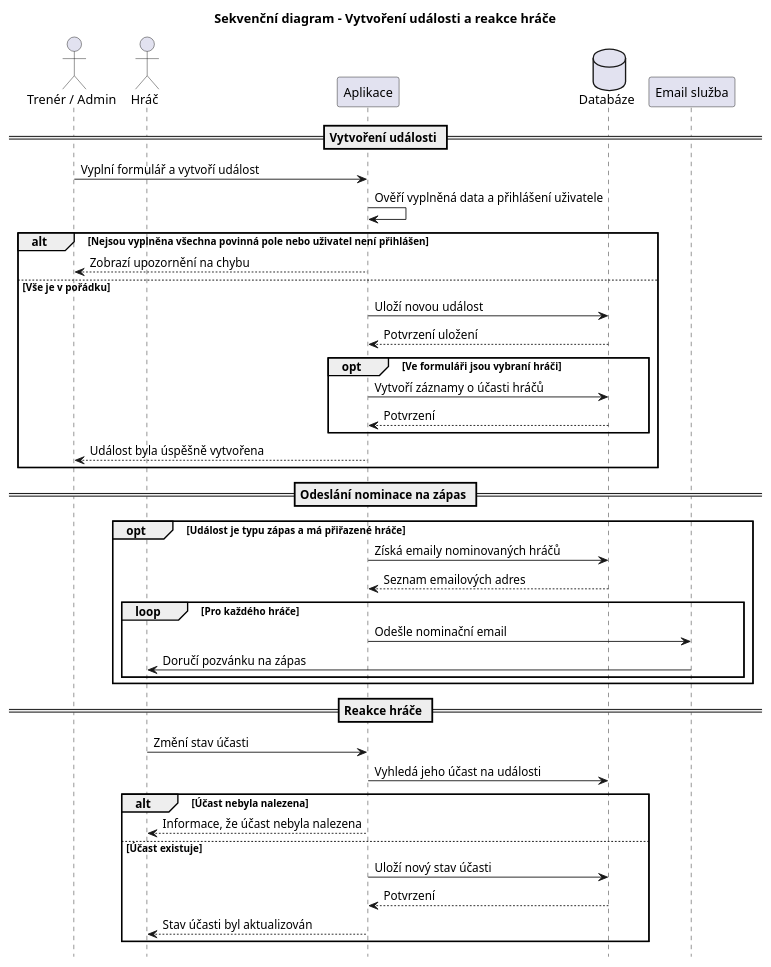
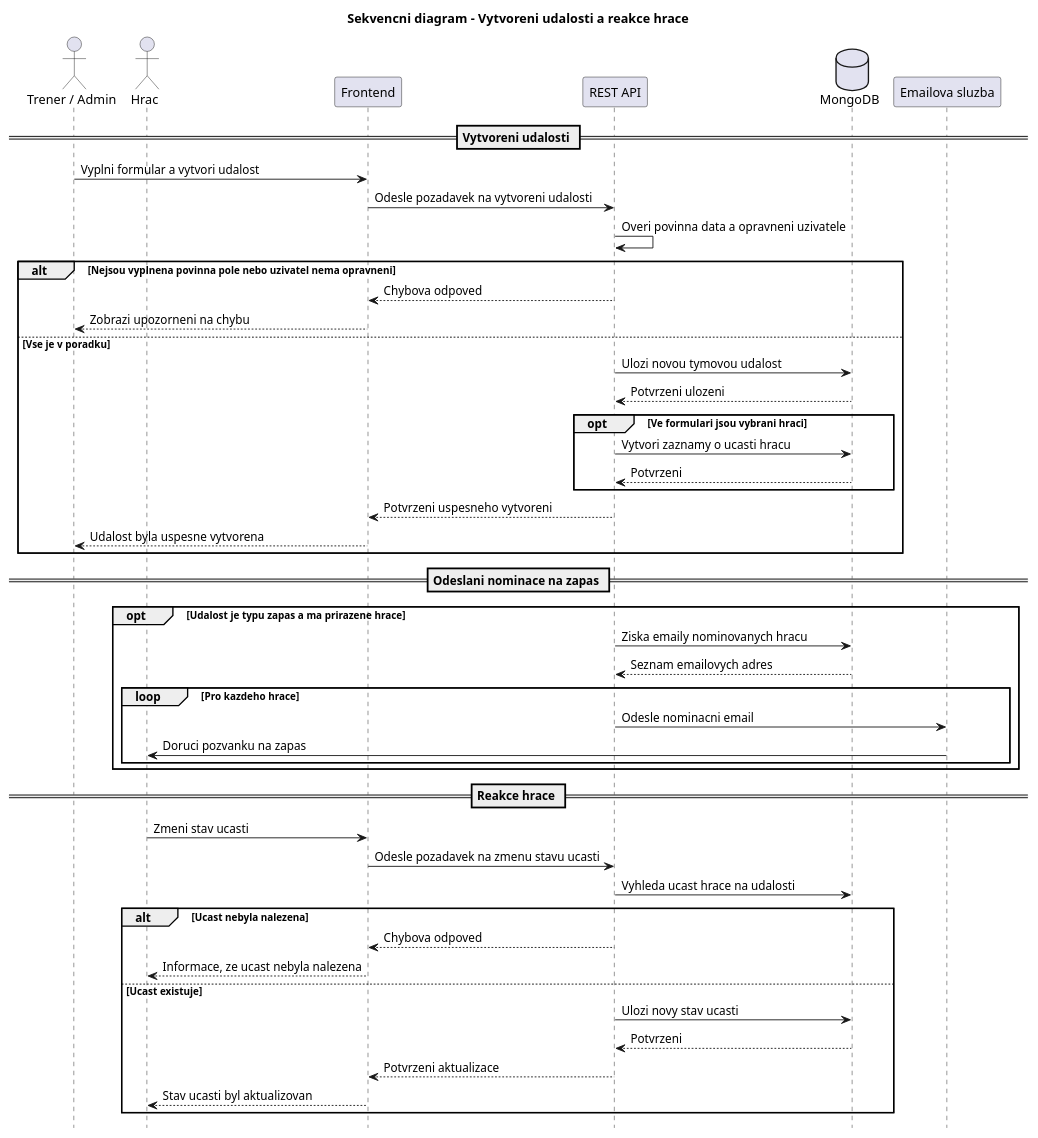
The diagram in LLM/sequence_diagram_teamevent.plantuml (TomasHusarik/SpravujTym), drawn with PlantUML before and after one commit. The commit also changed 3 other files, not shown here.

```diff
--- a/LLM/sequence_diagram_teamevent.plantuml
+++ b/LLM/sequence_diagram_teamevent.plantuml
@@ -1,60 +1,67 @@
 @startuml
-title Sekvenční diagram – Vytvoření události a reakce hráče
+title Sekvencni diagram - Vytvoreni udalosti a reakce hrace
 hide footbox
 
-actor "Trenér / Admin" as Coach
-actor "Hráč" as Player
-participant "Aplikace" as App
-database "Databáze" as DB
-participant "Email služba" as Mail
+actor "Trener / Admin" as Coach
+actor "Hrac" as Player
+participant "Frontend" as FE
+participant "REST API" as API
+database "MongoDB" as DB
+participant "Emailova sluzba" as Mail
 
-== Vytvoření události ==
+== Vytvoreni udalosti ==
 
-Coach -> App : Vyplní formulář a vytvoří událost
-App -> App : Ověří vyplněná data a přihlášení uživatele
+Coach -> FE : Vyplni formular a vytvori udalost
+FE -> API : Odesle pozadavek na vytvoreni udalosti
+API -> API : Overi povinna data a opravneni uzivatele
 
-alt Nejsou vyplněna všechna povinná pole nebo uživatel není přihlášen
-App --> Coach : Zobrazí upozornění na chybu
-else Vše je v pořádku
+alt Nejsou vyplnena povinna pole nebo uzivatel nema opravneni
+  API --> FE : Chybova odpoved
+  FE --> Coach : Zobrazi upozorneni na chybu
+else Vse je v poradku
 
-App -> DB : Uloží novou událost
-DB --> App : Potvrzení uložení
+  API -> DB : Ulozi novou tymovou udalost
+  DB --> API : Potvrzeni ulozeni
 
-opt Ve formuláři jsou vybraní hráči
-App -> DB : Vytvoří záznamy o účasti hráčů
-DB --> App : Potvrzení
-end
+  opt Ve formulari jsou vybrani hraci
+    API -> DB : Vytvori zaznamy o ucasti hracu
+    DB --> API : Potvrzeni
+  end
 
-App --> Coach : Událost byla úspěšně vytvořena
+  API --> FE : Potvrzeni uspesneho vytvoreni
+  FE --> Coach : Udalost byla uspesne vytvorena
 
 end
 
-== Odeslání nominace na zápas ==
+== Odeslani nominace na zapas ==
 
-opt Událost je typu zápas a má přiřazené hráče
-App -> DB : Získá emaily nominovaných hráčů
-DB --> App : Seznam emailových adres
+opt Udalost je typu zapas a ma prirazene hrace
+  API -> DB : Ziska emaily nominovanych hracu
+  DB --> API : Seznam emailovych adres
 
-loop Pro každého hráče
-App -> Mail : Odešle nominační email
-Mail -> Player : Doručí pozvánku na zápas
-end
+  loop Pro kazdeho hrace
+    API -> Mail : Odesle nominacni email
+    Mail -> Player : Doruci pozvanku na zapas
+  end
 
 end
 
-== Reakce hráče ==
+== Reakce hrace ==
 
-Player -> App : Změní stav účasti
-App -> DB : Vyhledá jeho účast na události
+Player -> FE : Zmeni stav ucasti
+FE -> API : Odesle pozadavek na zmenu stavu ucasti
+API -> DB : Vyhleda ucast hrace na udalosti
 
-alt Účast nebyla nalezena
-App --> Player : Informace, že účast nebyla nalezena
-else Účast existuje
+alt Ucast nebyla nalezena
+  API --> FE : Chybova odpoved
+  FE --> Player : Informace, ze ucast nebyla nalezena
+else Ucast existuje
 
-App -> DB : Uloží nový stav účasti
-DB --> App : Potvrzení
+  API -> DB : Ulozi novy stav ucasti
+  DB --> API : Potvrzeni
 
-App --> Player : Stav účasti byl aktualizován
+  API --> FE : Potvrzeni aktualizace
+  FE --> Player : Stav ucasti byl aktualizovan
 
 end
 @enduml
```
